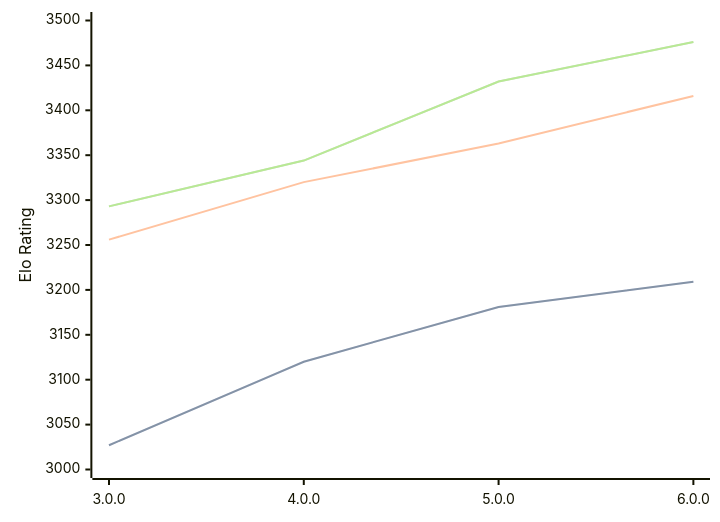
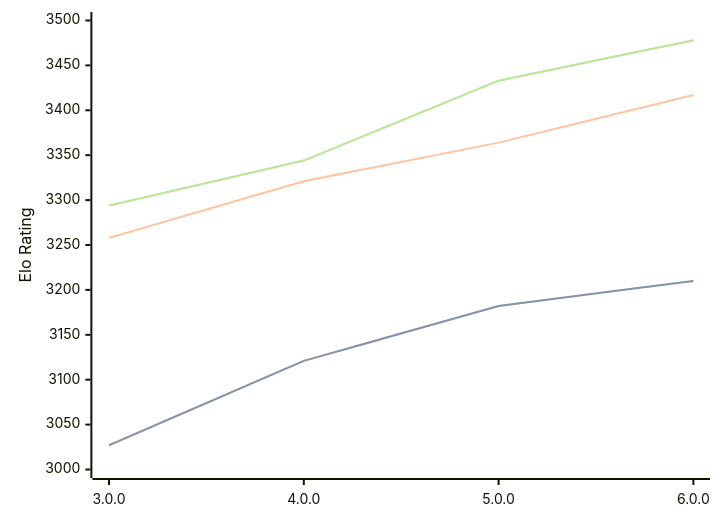
The diagram in engines/Minke.md (computer-chess-index/cci), drawn with Mermaid before and after one commit. The commit also changed other lines of this file, not shown here.

Commit message:
Update CCI Ratings (ELO VLTC) - 2026-05-12

````diff
--- a/engines/Minke.md
+++ b/engines/Minke.md
@@ -36,11 +36,11 @@
 ```mermaid
 %%{init: {"theme":"base","themeVariables":{"seriesColors:['#a3a3a3','#222221','#faa371']}}}%%
 xychart-beta
   x-axis ["3.0.0", "4.0.0", "5.0.0", "6.0.0"]
   y-axis "Elo Rating" 3000 --> 3500
-  line "STC (8.0+0.08s)" [3027, 3120, 3181, 3209]
-  line "STC (8.0+0.08s)" [3027, 3120, 3181, 3209]
-  line "LTC (60.0+0.60s)" [3256, 3320, 3363, 3416]
-  line "VLTC (2m24s+1.12s)" [3293, 3344, 3432, 3476]
-  line "VLTC (2m24s+1.12s)" [3293, 3344, 3432, 3476]
+  line "STC (8.0+0.08s)" [3027, 3121, 3182, 3210]
+  line "STC (8.0+0.08s)" [3027, 3121, 3182, 3210]
+  line "LTC (60.0+0.60s)" [3258, 3321, 3364, 3417]
+  line "VLTC (2m24s+1.12s)" [3294, 3344, 3433, 3478]
+  line "VLTC (2m24s+1.12s)" [3294, 3344, 3433, 3478]
 ```
````
